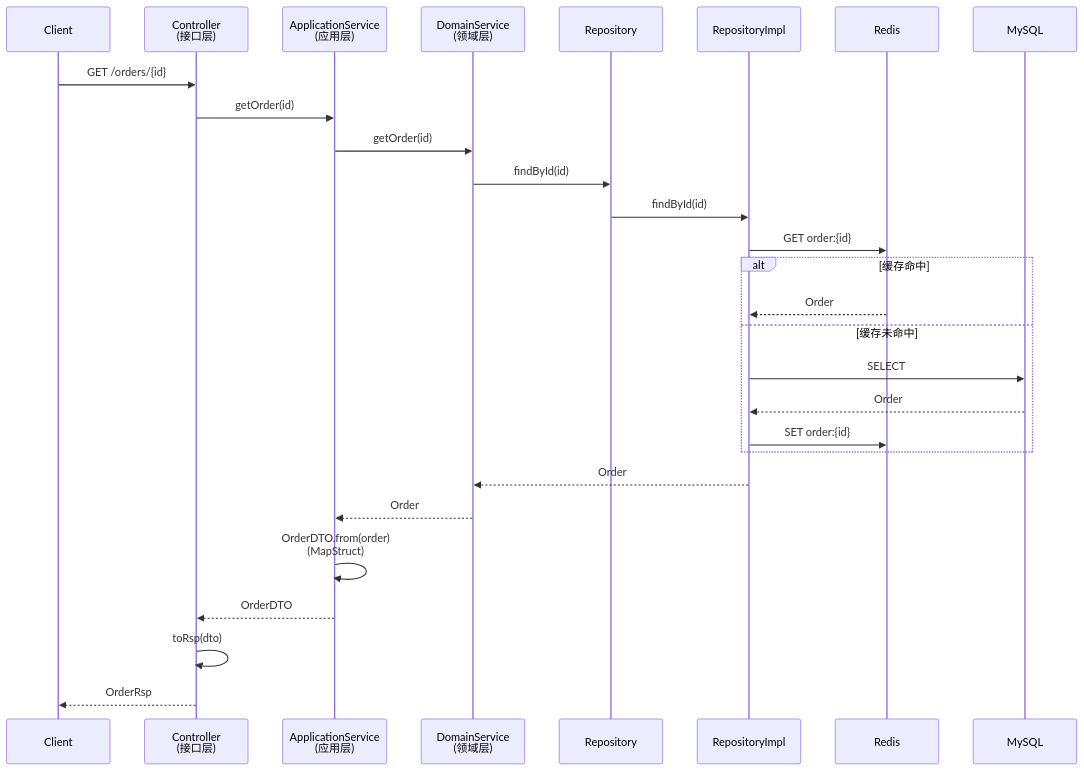
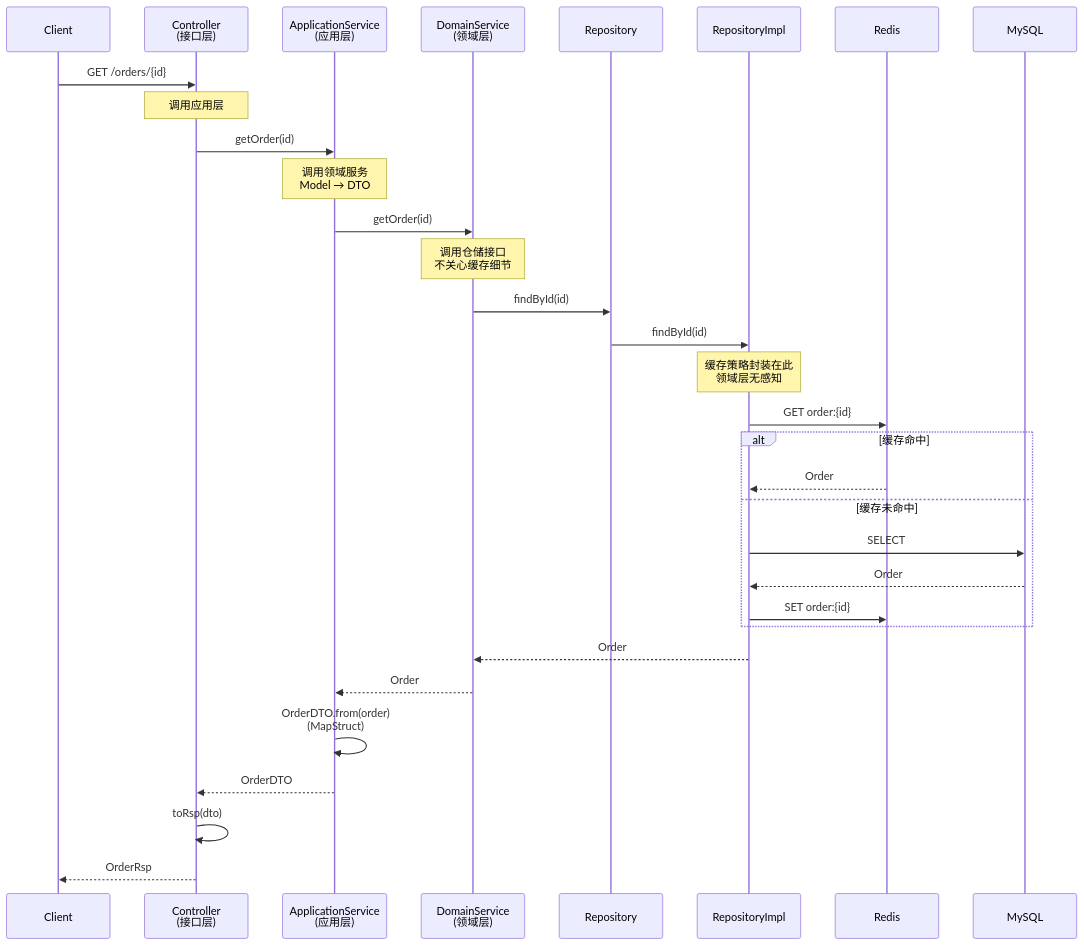
Before and after one commit to Emtemf/oh-help-me: the third of 11 diagrams in docs/clean-architecture-guide.md, drawn with Mermaid. The commit also changed other lines of this file, not shown here.

````diff
--- a/docs/clean-architecture-guide.md
+++ b/docs/clean-architecture-guide.md
@@ -469,33 +438,37 @@
 ```mermaid
 sequenceDiagram
     participant Client
     participant Controller as Controller<br/>(接口层)
     participant AppService as ApplicationService<br/>(应用层)
     participant DomainService as DomainService<br/>(领域层)
     participant Repo as Repository
     participant RepoImpl as RepositoryImpl
     participant Cache as Redis
     participant DB as MySQL
 
     Client->>Controller: GET /orders/{id}
+    Note over Controller: 调用应用层
     Controller->>AppService: getOrder(id)
+    Note over AppService: 调用领域服务<br/>Model → DTO
     AppService->>DomainService: getOrder(id)
+    Note over DomainService: 调用仓储接口<br/>不关心缓存细节
     DomainService->>Repo: findById(id)
     Repo->>RepoImpl: findById(id)
+    Note over RepoImpl: 缓存策略封装在此<br/>领域层无感知
 
     RepoImpl->>Cache: GET order:{id}
     alt 缓存命中
         Cache-->>RepoImpl: Order
     else 缓存未命中
         RepoImpl->>DB: SELECT
         DB-->>RepoImpl: Order
         RepoImpl->>Cache: SET order:{id}
     end
 
     RepoImpl-->>DomainService: Order
     DomainService-->>AppService: Order
     AppService->>AppService: OrderDTO.from(order)<br/>(MapStruct)
     AppService-->>Controller: OrderDTO
     Controller->>Controller: toRsp(dto)
     Controller-->>Client: OrderRsp
 ```
````
